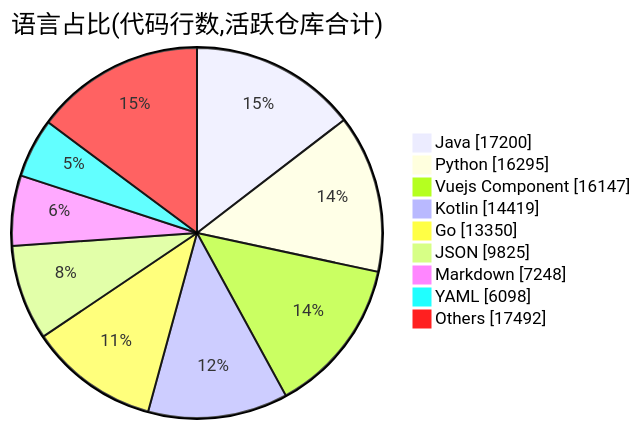
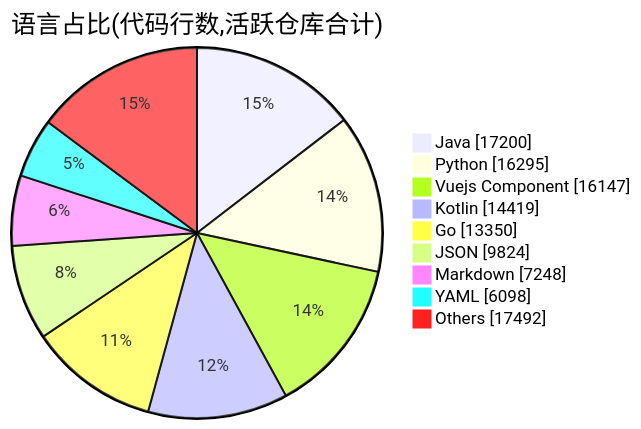
The second of 2 diagrams in profile/README.md (Conflux-Union/.github), drawn with Mermaid before and after one commit. The commit also changed other lines of this file and 1 other file, not shown here.

````diff
--- a/profile/README.md
+++ b/profile/README.md
@@ -78,13 +78,13 @@
 ```mermaid
 pie showData
     title 语言占比(代码行数,活跃仓库合计)
     "Java" : 17200
     "Python" : 16295
     "Vuejs Component" : 16147
     "Kotlin" : 14419
     "Go" : 13350
-    "JSON" : 9825
+    "JSON" : 9824
     "Markdown" : 7248
     "YAML" : 6098
     "Others" : 17492
 ```
````
